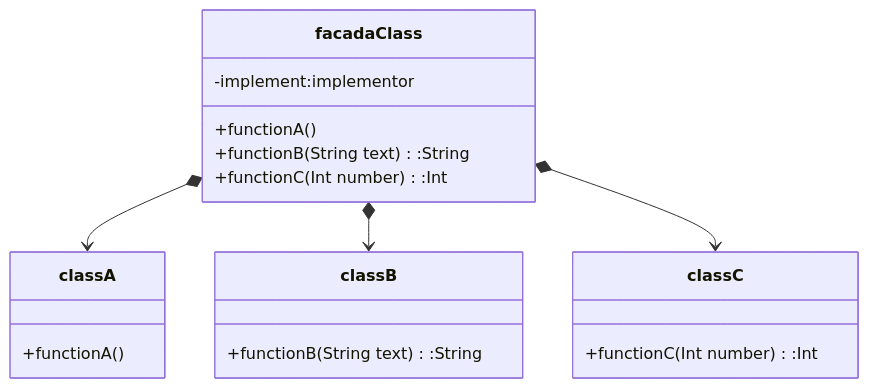
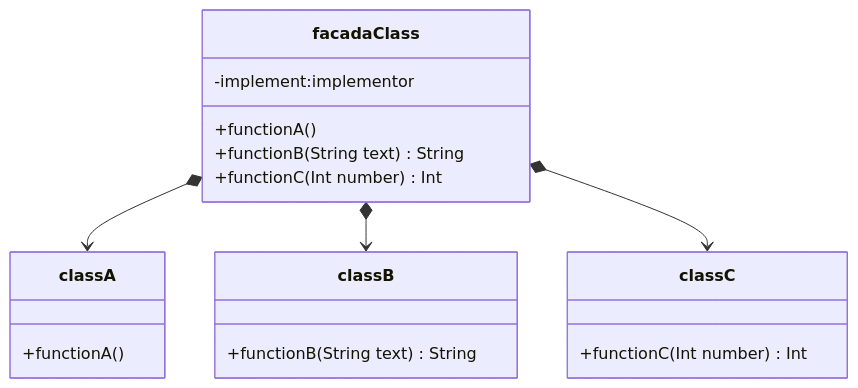
The third of 3 diagrams in uml-patters.md (lilian-goncalves-de-almeida1326/git-treino), drawn with Mermaid before and after one commit. The commit also changed other lines of this file, not shown here.

Commit message:
uml facada pattern projects 3

````diff
--- a/uml-patters.md
+++ b/uml-patters.md
@@ -46,24 +46,24 @@
 ```mermaid
 classDiagram
     class facadaClass {
         -implement:implementor
         +functionA()
-        +functionB(String text):String
-        +functionC(Int number):Int
+        +functionB(String text)String
+        +functionC(Int number)Int
     }
 
     class classA {
         +functionA()
     }
 
     class classB {
-        +functionB(String text):String
+        +functionB(String text)String
     }
 
     class classC {
-        +functionC(Int number):Int
+        +functionC(Int number)Int
     }
     facadaClass *--> classA
     facadaClass *--> classB
     facadaClass *--> classC
 ```
````
